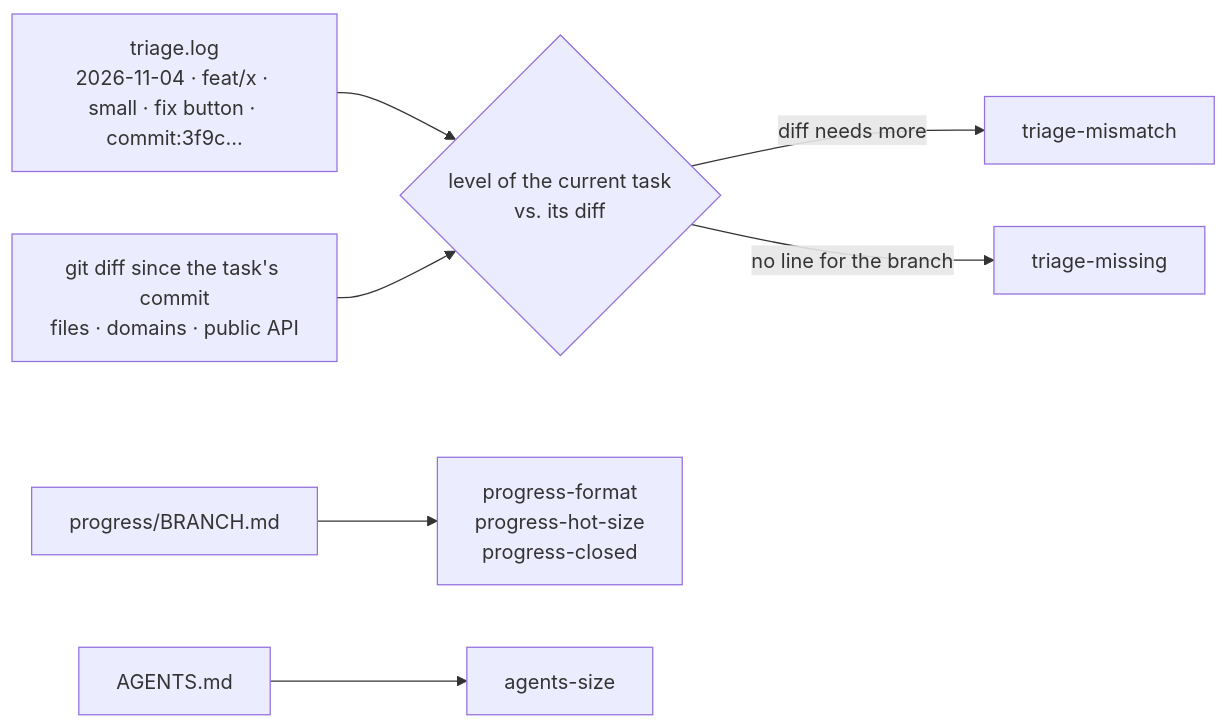
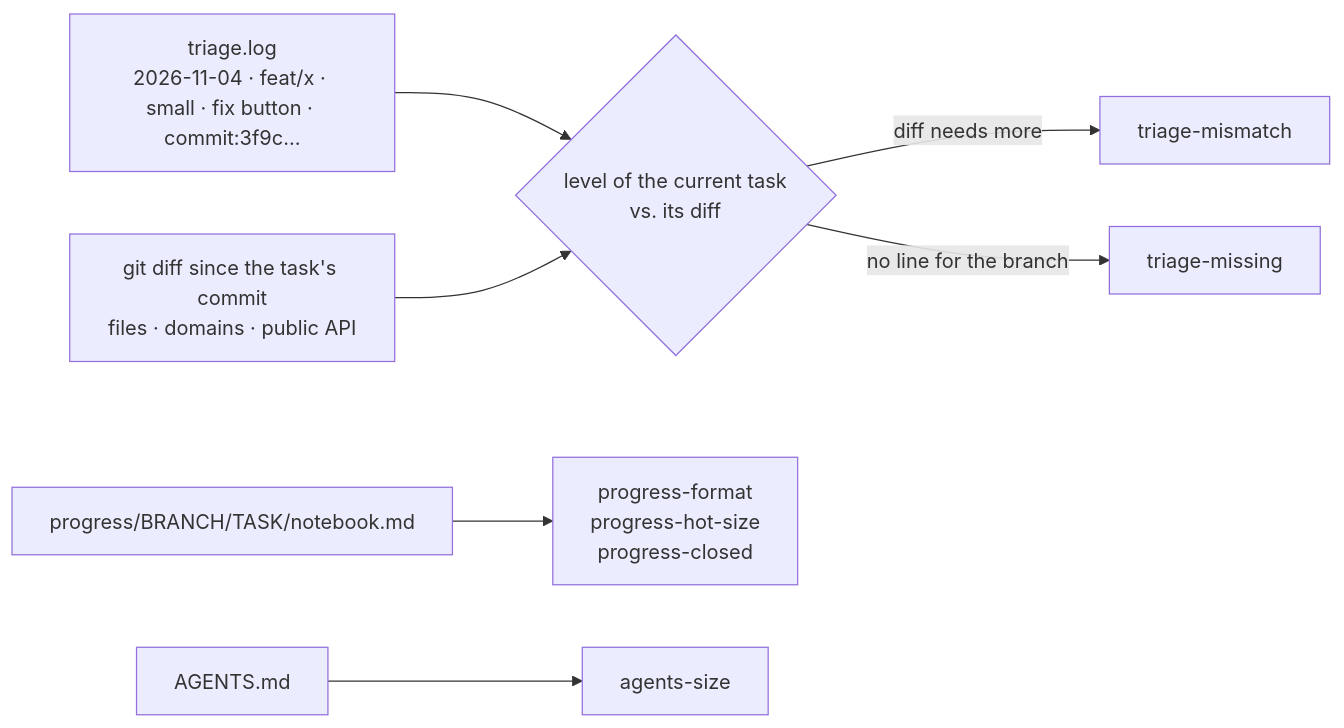
Before and after one commit to fredarcito/reins: diagram 16 of 22 in README.md, drawn with Mermaid. The commit also changed other lines of this file and 7 other files, not shown here.

````diff
--- a/README.md
+++ b/README.md
@@ -610,9 +624,9 @@
 ```mermaid
 flowchart LR
     log["triage.log<br/>2026-11-04 · feat/x · small · fix button · commit:3f9c…"] --> cmp{"level of the current task<br/>vs. its diff"}
     diff["git diff since the task's commit<br/>files · domains · public API"] --> cmp
     cmp -- "diff needs more" --> mismatch["triage-mismatch"]
     cmp -- "no line for the branch" --> missing["triage-missing"]
-    nb["progress/BRANCH.md"] --> fmt["progress-format<br/>progress-hot-size<br/>progress-closed"]
+    nb["progress/BRANCH/TASK/notebook.md"] --> fmt["progress-format<br/>progress-hot-size<br/>progress-closed"]
     agents["AGENTS.md"] --> size["agents-size"]
 ```
````
